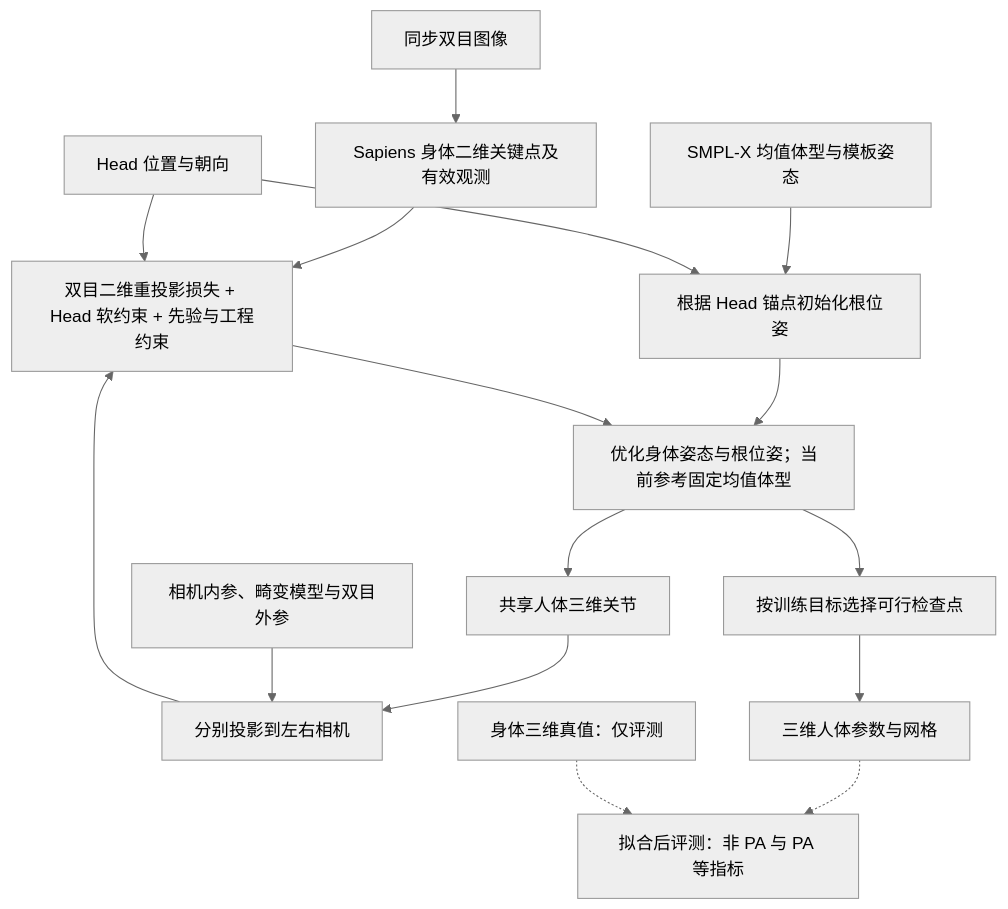
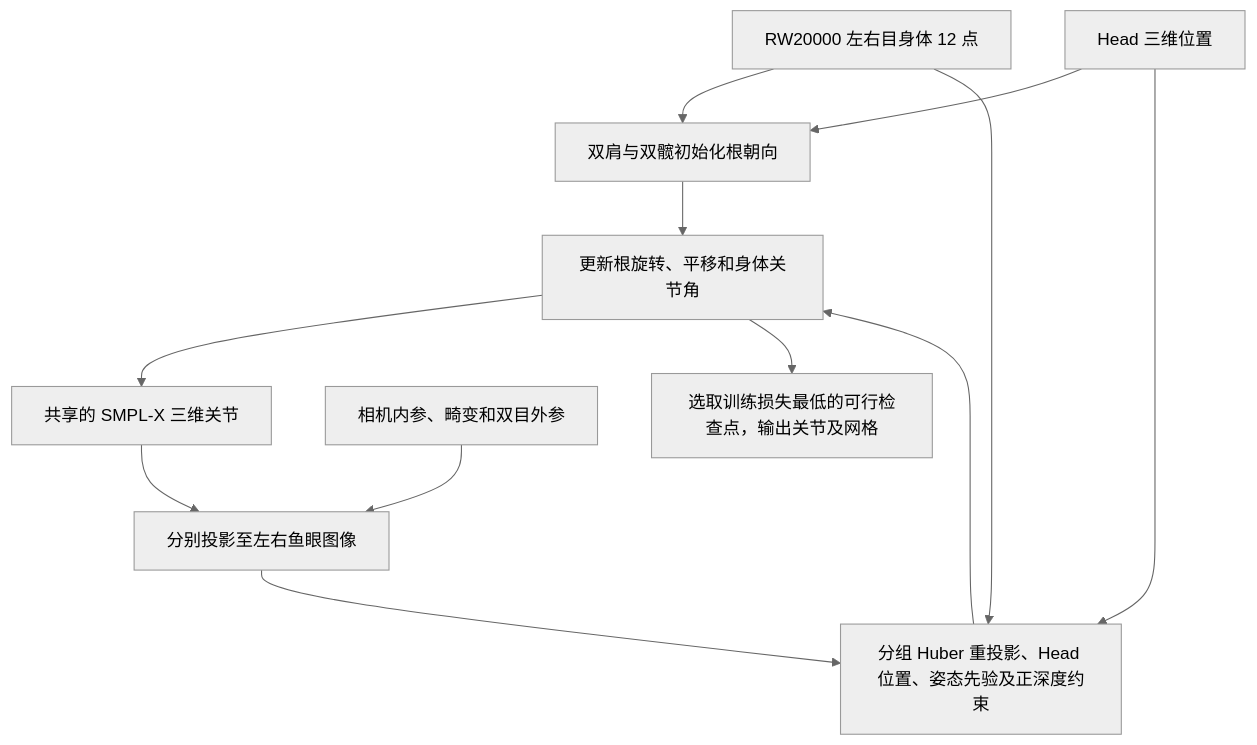
Before and after one commit to cdh290718-oss/DownSight: the diagram in README.md, drawn with Mermaid (neutral theme). The commit also changed other lines of this file and 11 other files, not shown here.

````diff
--- a/README.md
+++ b/README.md
@@ -15,18 +11,14 @@
 ```mermaid
 flowchart TD
-    I["同步双目图像"] --> D["Sapiens 身体二维关键点及有效观测"]
-    T["SMPL-X 均值体型与模板姿态"] --> A["根据 Head 锚点初始化根位姿"]
-    H["Head 位置与朝向"] --> A
-    A --> P["优化身体姿态与根位姿；当前参考固定均值体型"]
-    P --> M["共享人体三维关节"]
-    M --> V["分别投影到左右相机"]
-    C["相机内参、畸变模型与双目外参"] --> V
-    V --> L["双目二维重投影损失 + Head 软约束 + 先验与工程约束"]
+    D["RW20000 左右目身体 12 点"] --> I["双肩与双髋初始化根朝向"]
+    H["Head 三维位置"] --> I
+    I --> P["更新根旋转、平移和身体关节角"]
+    P --> J["共享的 SMPL-X 三维关节"]
+    J --> V["分别投影至左右鱼眼图像"]
+    C["相机内参、畸变和双目外参"] --> V
+    V --> L["分组 Huber 重投影、Head 位置、姿态先验及正深度约束"]
     D --> L
     H --> L
     L --> P
-    P --> S["按训练目标选择可行检查点"]
-    S --> R["三维人体参数与网格"]
-    R -.-> E["拟合后评测：非 PA 与 PA 等指标"]
-    GT["身体三维真值：仅评测"] -.-> E
+    P --> S["选取训练损失最低的可行检查点，输出关节及网格"]
 ```
````
